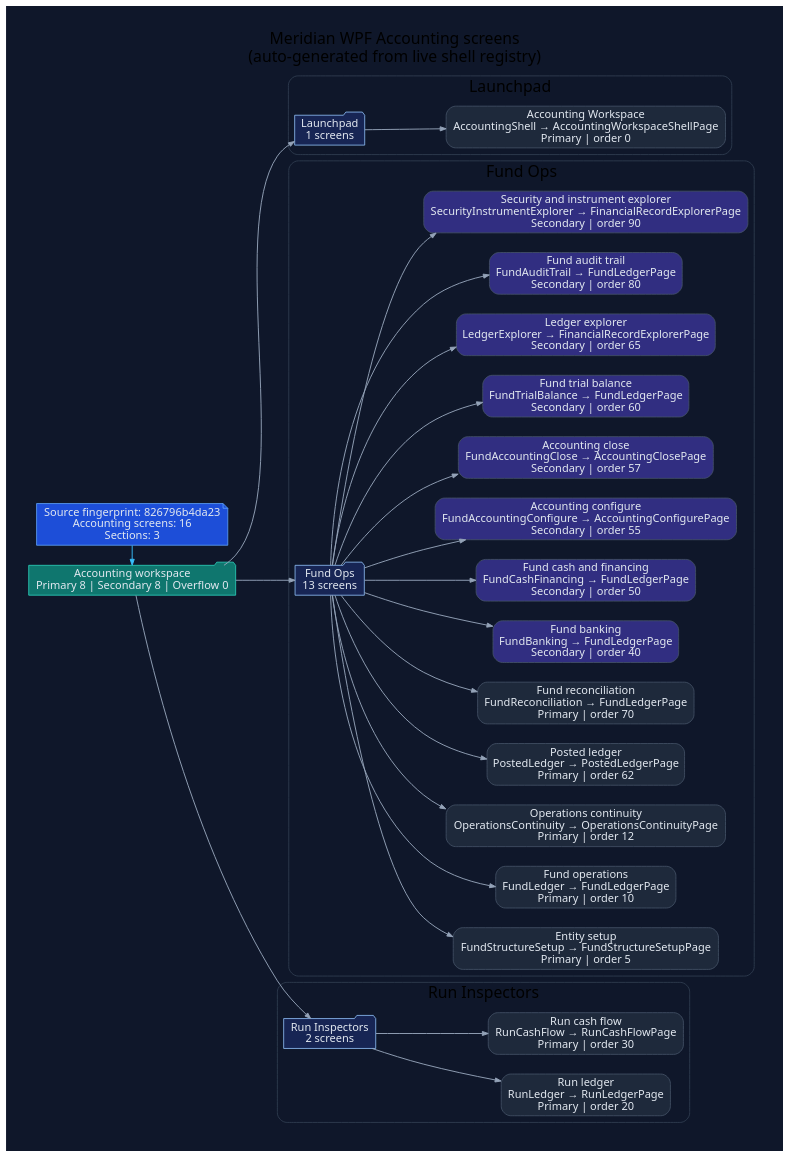
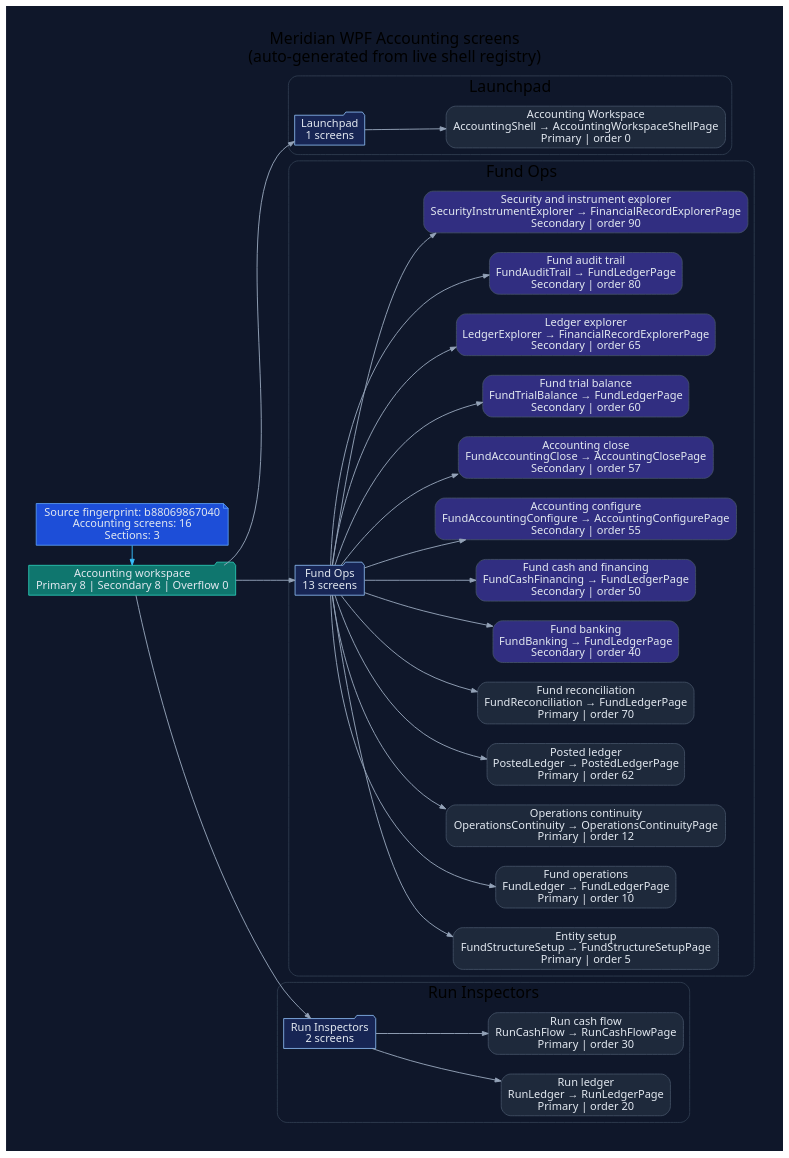
Before and after one commit to rodoHasArrived/Meridian-main: the diagram in docs/diagrams/ui-wpf-screens-accounting.dot, drawn with Graphviz. The commit also changed 96 other files, not shown here.

First line of the commit message:
Refresh reviewed generated documentation and source hashes for the stack

```diff
--- a/docs/diagrams/ui-wpf-screens-accounting.dot
+++ b/docs/diagrams/ui-wpf-screens-accounting.dot
@@ -1,82 +1,82 @@
 // -----------------------------------------------------------------------------
 // <auto-generated>
 // Generated by scripts/generate-diagrams.mjs.
 // Do not edit this file directly; update the WPF source files instead.
 // -----------------------------------------------------------------------------
 digraph WpfAccountingScreens {
   graph [
     rankdir=LR,
     labelloc=t,
     label="Meridian WPF Accounting screens\n(auto-generated from live shell registry)",
     fontname="Segoe UI",
     fontsize=20,
     pad=0.4,
     nodesep=0.35,
     ranksep=0.85,
     bgcolor="#0f172a"
   ];
   node [fontname="Segoe UI", shape=box, style="rounded,filled", color="#475569", fontcolor="#e2e8f0", fillcolor="#1e293b"];
   edge [fontname="Segoe UI", color="#94a3b8", penwidth=1.2, arrowsize=0.75];
 
-  generated [shape=note, fillcolor="#1d4ed8", color="#60a5fa", label="Source fingerprint: 826796b4da23\nAccounting screens: 16\nSections: 3"];
+  generated [shape=note, fillcolor="#1d4ed8", color="#60a5fa", label="Source fingerprint: b88069867040\nAccounting screens: 16\nSections: 3"];
   workspace [shape=folder, fillcolor="#0f766e", color="#2dd4bf", label="Accounting workspace\nPrimary 8 | Secondary 8 | Overflow 0"];
   generated -> workspace [color="#38bdf8"];
 
   subgraph cluster_section_1 {
     label="Launchpad";
     color="#334155";
     style="rounded";
     section_1 [shape=folder, fillcolor="#172554", color="#93c5fd", label="Launchpad\n1 screens"];
     workspace -> section_1;
     screen_AccountingShell [fillcolor="#1e293b", label="Accounting Workspace\nAccountingShell → AccountingWorkspaceShellPage\nPrimary | order 0"];
     section_1 -> screen_AccountingShell;
   }
 
   subgraph cluster_section_2 {
     label="Fund Ops";
     color="#334155";
     style="rounded";
     section_2 [shape=folder, fillcolor="#172554", color="#93c5fd", label="Fund Ops\n13 screens"];
     workspace -> section_2;
     screen_FundStructureSetup [fillcolor="#1e293b", label="Entity setup\nFundStructureSetup → FundStructureSetupPage\nPrimary | order 5"];
     section_2 -> screen_FundStructureSetup;
     screen_FundLedger [fillcolor="#1e293b", label="Fund operations\nFundLedger → FundLedgerPage\nPrimary | order 10"];
     section_2 -> screen_FundLedger;
     screen_OperationsContinuity [fillcolor="#1e293b", label="Operations continuity\nOperationsContinuity → OperationsContinuityPage\nPrimary | order 12"];
     section_2 -> screen_OperationsContinuity;
     screen_PostedLedger [fillcolor="#1e293b", label="Posted ledger\nPostedLedger → PostedLedgerPage\nPrimary | order 62"];
     section_2 -> screen_PostedLedger;
     screen_FundReconciliation [fillcolor="#1e293b", label="Fund reconciliation\nFundReconciliation → FundLedgerPage\nPrimary | order 70"];
     section_2 -> screen_FundReconciliation;
     screen_FundBanking [fillcolor="#312e81", label="Fund banking\nFundBanking → FundLedgerPage\nSecondary | order 40"];
     section_2 -> screen_FundBanking;
     screen_FundCashFinancing [fillcolor="#312e81", label="Fund cash and financing\nFundCashFinancing → FundLedgerPage\nSecondary | order 50"];
     section_2 -> screen_FundCashFinancing;
     screen_FundAccountingConfigure [fillcolor="#312e81", label="Accounting configure\nFundAccountingConfigure → AccountingConfigurePage\nSecondary | order 55"];
     section_2 -> screen_FundAccountingConfigure;
     screen_FundAccountingClose [fillcolor="#312e81", label="Accounting close\nFundAccountingClose → AccountingClosePage\nSecondary | order 57"];
     section_2 -> screen_FundAccountingClose;
     screen_FundTrialBalance [fillcolor="#312e81", label="Fund trial balance\nFundTrialBalance → FundLedgerPage\nSecondary | order 60"];
     section_2 -> screen_FundTrialBalance;
     screen_LedgerExplorer [fillcolor="#312e81", label="Ledger explorer\nLedgerExplorer → FinancialRecordExplorerPage\nSecondary | order 65"];
     section_2 -> screen_LedgerExplorer;
     screen_FundAuditTrail [fillcolor="#312e81", label="Fund audit trail\nFundAuditTrail → FundLedgerPage\nSecondary | order 80"];
     section_2 -> screen_FundAuditTrail;
     screen_SecurityInstrumentExplorer [fillcolor="#312e81", label="Security and instrument explorer\nSecurityInstrumentExplorer → FinancialRecordExplorerPage\nSecondary | order 90"];
     section_2 -> screen_SecurityInstrumentExplorer;
   }
 
   subgraph cluster_section_3 {
     label="Run Inspectors";
     color="#334155";
     style="rounded";
     section_3 [shape=folder, fillcolor="#172554", color="#93c5fd", label="Run Inspectors\n2 screens"];
     workspace -> section_3;
     screen_RunLedger [fillcolor="#1e293b", label="Run ledger\nRunLedger → RunLedgerPage\nPrimary | order 20"];
     section_3 -> screen_RunLedger;
     screen_RunCashFlow [fillcolor="#1e293b", label="Run cash flow\nRunCashFlow → RunCashFlowPage\nPrimary | order 30"];
     section_3 -> screen_RunCashFlow;
   }
 
   { rank=min; generated; workspace; }
 }
```
